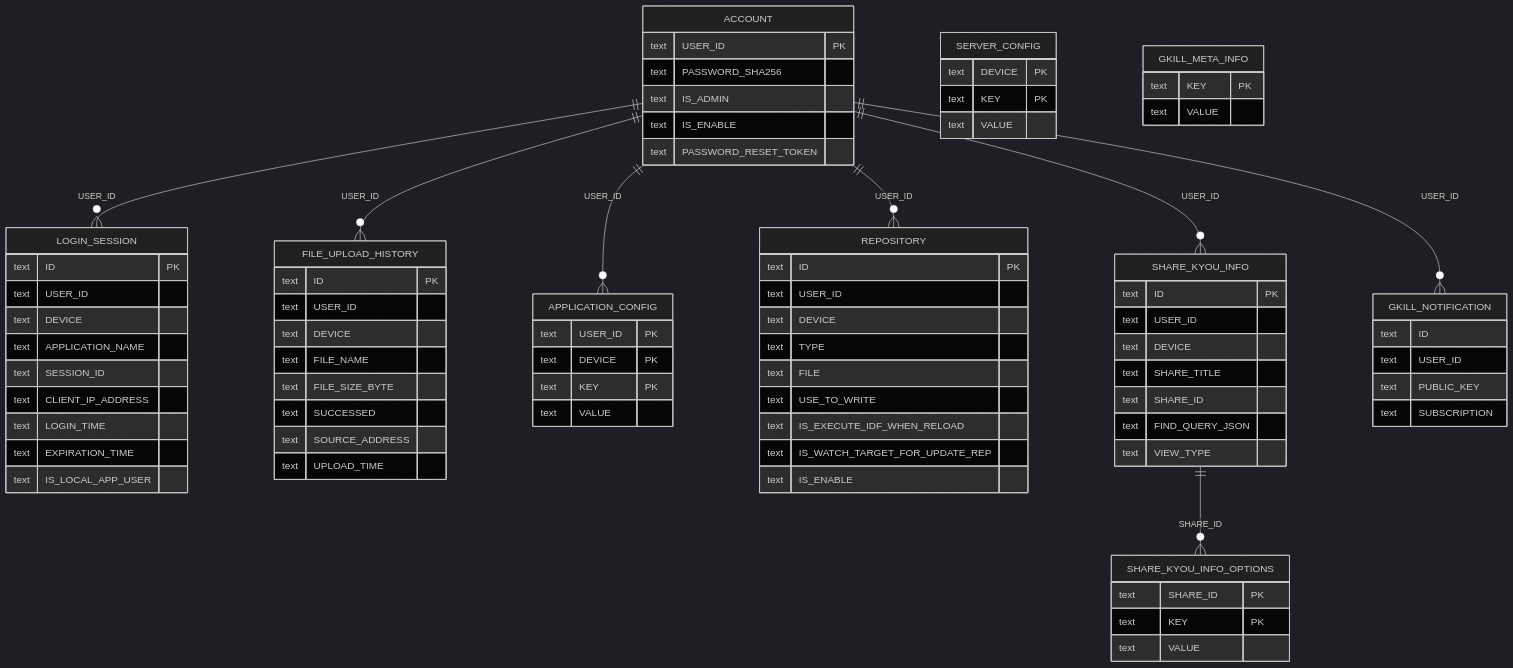
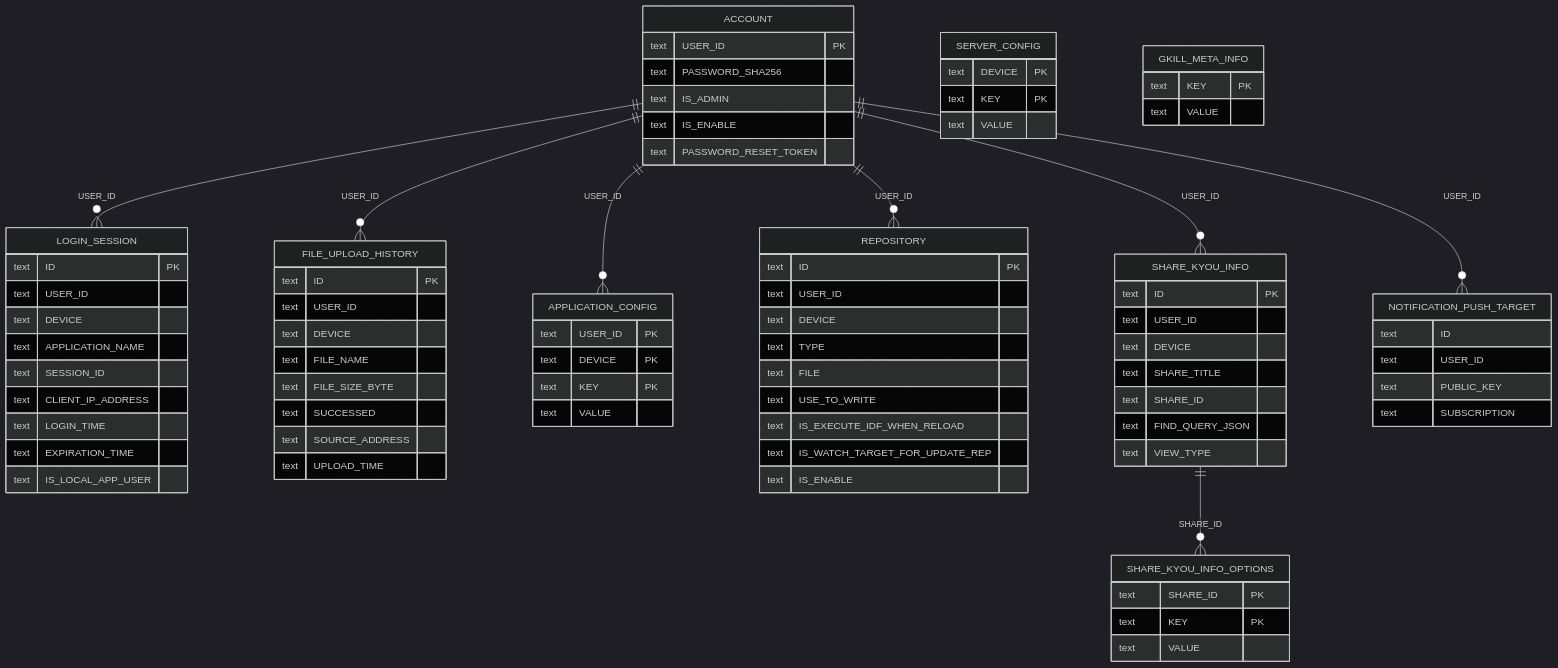
The second of 3 diagrams in documents/reverse/er-diagram.md (mt3hr/gkill), drawn with Mermaid (dark theme) before and after one commit. The commit also changed other lines of this file and 25 other files, not shown here.

````diff
--- a/documents/reverse/er-diagram.md
+++ b/documents/reverse/er-diagram.md
@@ -344,7 +344,7 @@
         text VALUE
     }
 
-    GKILL_NOTIFICATION {
+    NOTIFICATION_PUSH_TARGET {
         text ID
         text USER_ID
         text PUBLIC_KEY
@@ -361,6 +361,6 @@
     ACCOUNT ||--o{ APPLICATION_CONFIG : "USER_ID"
     ACCOUNT ||--o{ REPOSITORY : "USER_ID"
     ACCOUNT ||--o{ SHARE_KYOU_INFO : "USER_ID"
-    ACCOUNT ||--o{ GKILL_NOTIFICATION : "USER_ID"
+    ACCOUNT ||--o{ NOTIFICATION_PUSH_TARGET : "USER_ID"
     SHARE_KYOU_INFO ||--o{ SHARE_KYOU_INFO_OPTIONS : "SHARE_ID"
 ```
````
